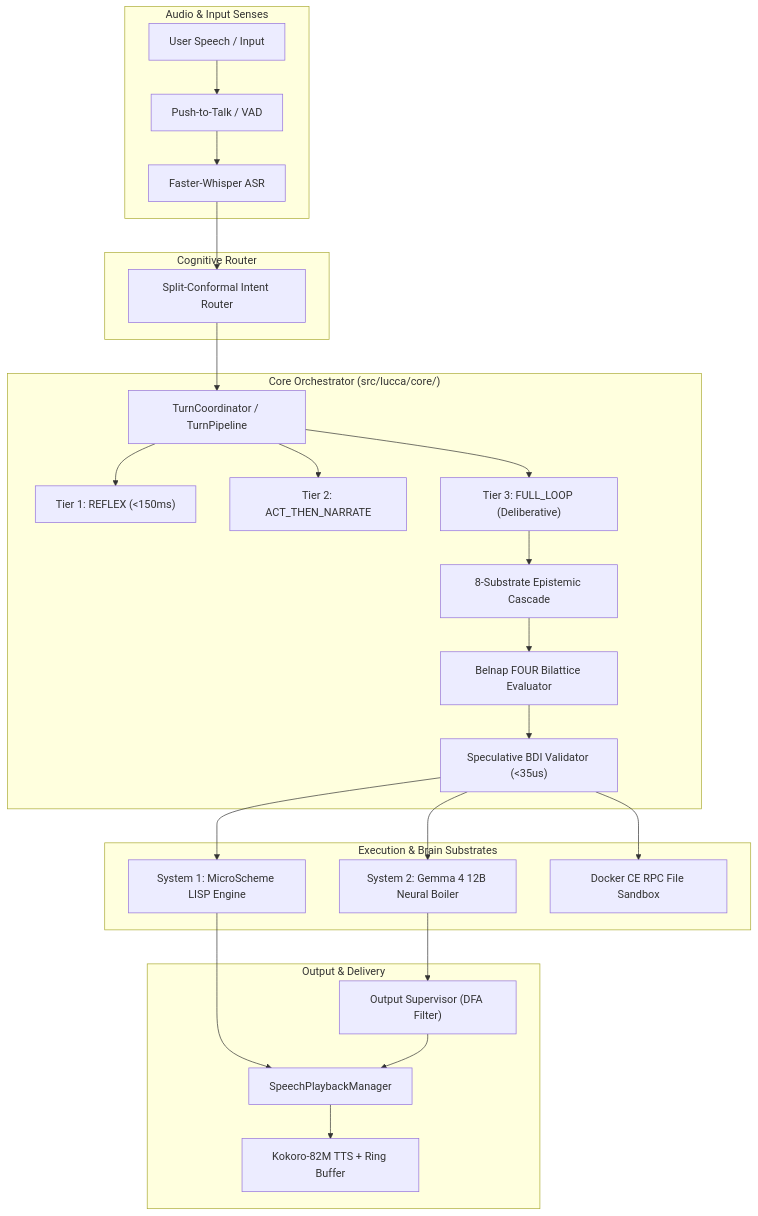
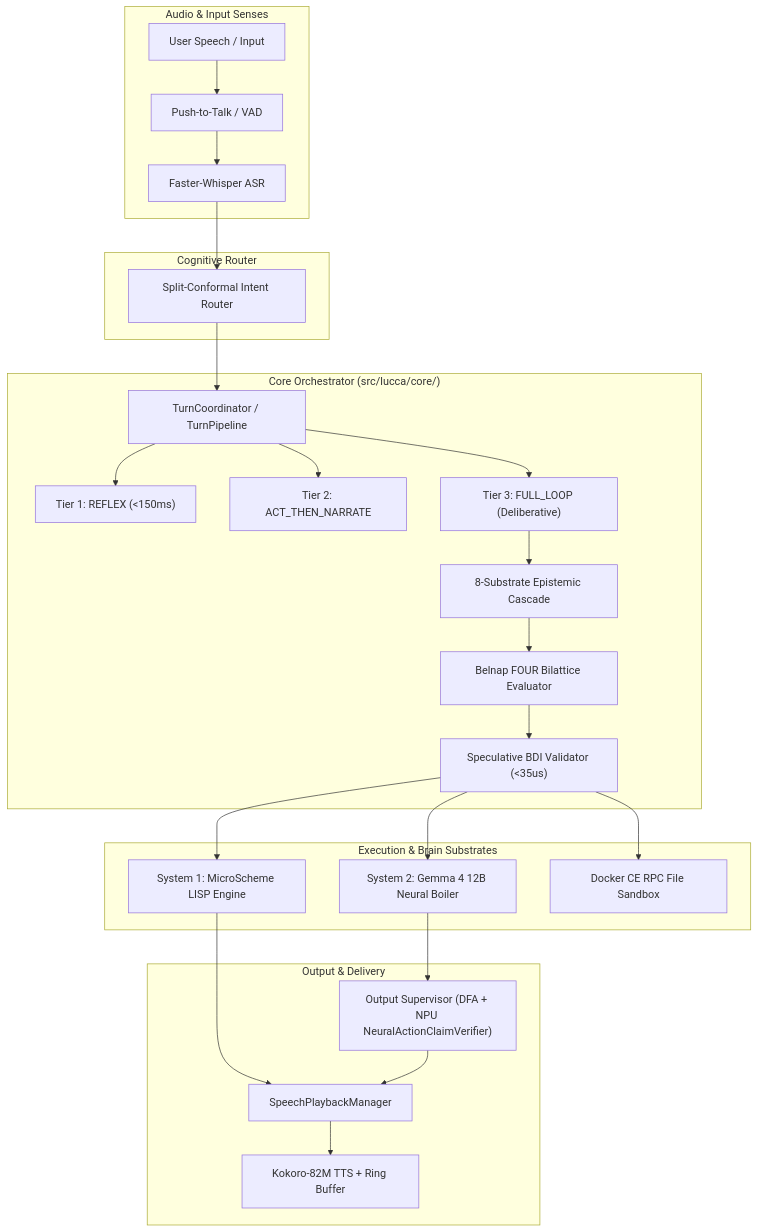
Before and after one commit to AlienatedAliens/ProjectLucca: the first of 4 diagrams in luccadocs/subsystems/01_CORE_ORCHESTRATION_AND_CASCADE.md, drawn with Mermaid. The commit also changed other lines of this file and 12 other files, not shown here.

````diff
--- a/luccadocs/subsystems/01_CORE_ORCHESTRATION_AND_CASCADE.md
+++ b/luccadocs/subsystems/01_CORE_ORCHESTRATION_AND_CASCADE.md
@@ -14,35 +14,35 @@
 ```mermaid
 flowchart TD
     subgraph Senses ["Audio & Input Senses"]
         US["User Speech / Input"] --> PTT["Push-to-Talk / VAD"]
         PTT --> ASR["Faster-Whisper ASR"]
     end
 
     subgraph Router ["Cognitive Router"]
         ASR --> CR["Split-Conformal Intent Router"]
     end
 
     subgraph CoreSupervisor ["Core Orchestrator (src/lucca/core/)"]
         CR --> TP["TurnCoordinator / TurnPipeline"]
         TP --> T1["Tier 1: REFLEX (<150ms)"]
         TP --> T2["Tier 2: ACT_THEN_NARRATE"]
         TP --> T3["Tier 3: FULL_LOOP (Deliberative)"]
 
         T3 --> ESC["8-Substrate Epistemic Cascade"]
         ESC --> B4["Belnap FOUR Bilattice Evaluator"]
         B4 --> BDI["Speculative BDI Validator (<35us)"]
     end
 
     subgraph ExecutionSubstrates ["Execution & Brain Substrates"]
         BDI --> MS["System 1: MicroScheme LISP Engine"]
         BDI --> NB["System 2: Gemma 4 12B Neural Boiler"]
         BDI --> DK["Docker CE RPC File Sandbox"]
     end
 
     subgraph OutputTiers ["Output & Delivery"]
         MS --> SPM["SpeechPlaybackManager"]
-        NB --> OS["Output Supervisor (DFA Filter)"]
+        NB --> OS["Output Supervisor (DFA + NPU NeuralActionClaimVerifier)"]
         OS --> SPM
         SPM --> TTS["Kokoro-82M TTS + Ring Buffer"]
     end
 ```
````
